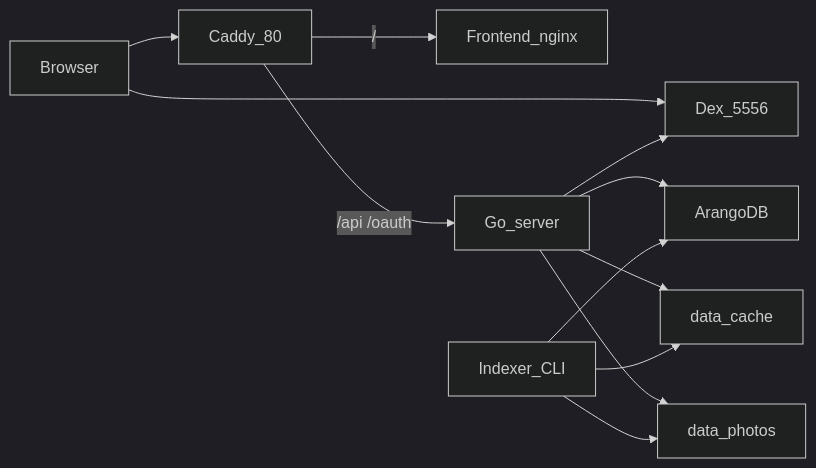
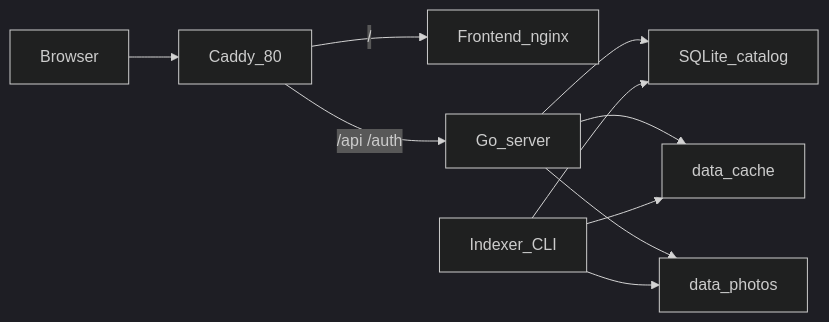
The diagram in CONTEXT-MAP.md (neeohw/memries), drawn with Mermaid (dark theme) before and after one commit. The commit also changed other lines of this file and 103 other files, not shown here.

First line of the commit message:
feat!: re-architect for low-footprint hardware

````diff
--- a/CONTEXT-MAP.md
+++ b/CONTEXT-MAP.md
@@ -34,24 +38,21 @@
 ```mermaid
 flowchart LR
   browser[Browser]
   caddy[Caddy_80]
   frontend[Frontend_nginx]
   backend[Go_server]
-  dex[Dex_5556]
-  arango[ArangoDB]
+  catalog[SQLite_catalog]
   photos[data_photos]
   cache[data_cache]
   indexer[Indexer_CLI]
 
   browser --> caddy
-  caddy -->|"/api /oauth"| backend
+  caddy -->|"/api /auth"| backend
   caddy -->|"/"| frontend
-  browser --> dex
-  backend --> dex
-  backend --> arango
+  backend --> catalog
   backend --> cache
   backend --> photos
   indexer --> photos
-  indexer --> arango
+  indexer --> catalog
   indexer --> cache
 ```
````
